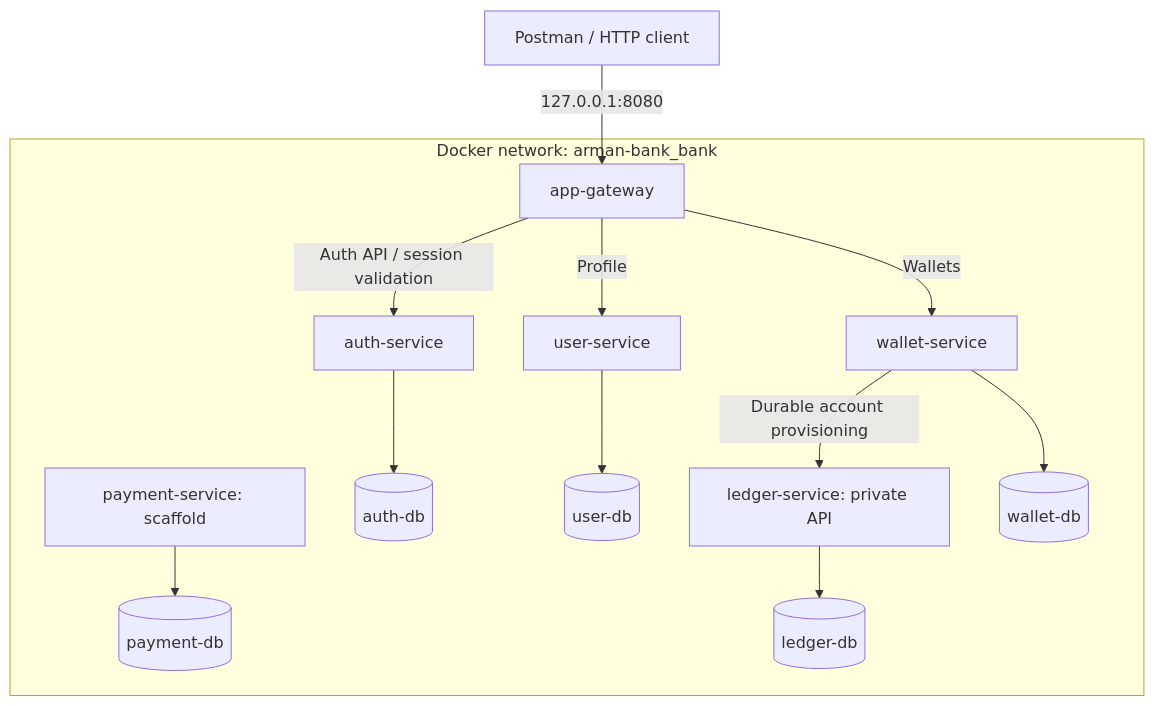
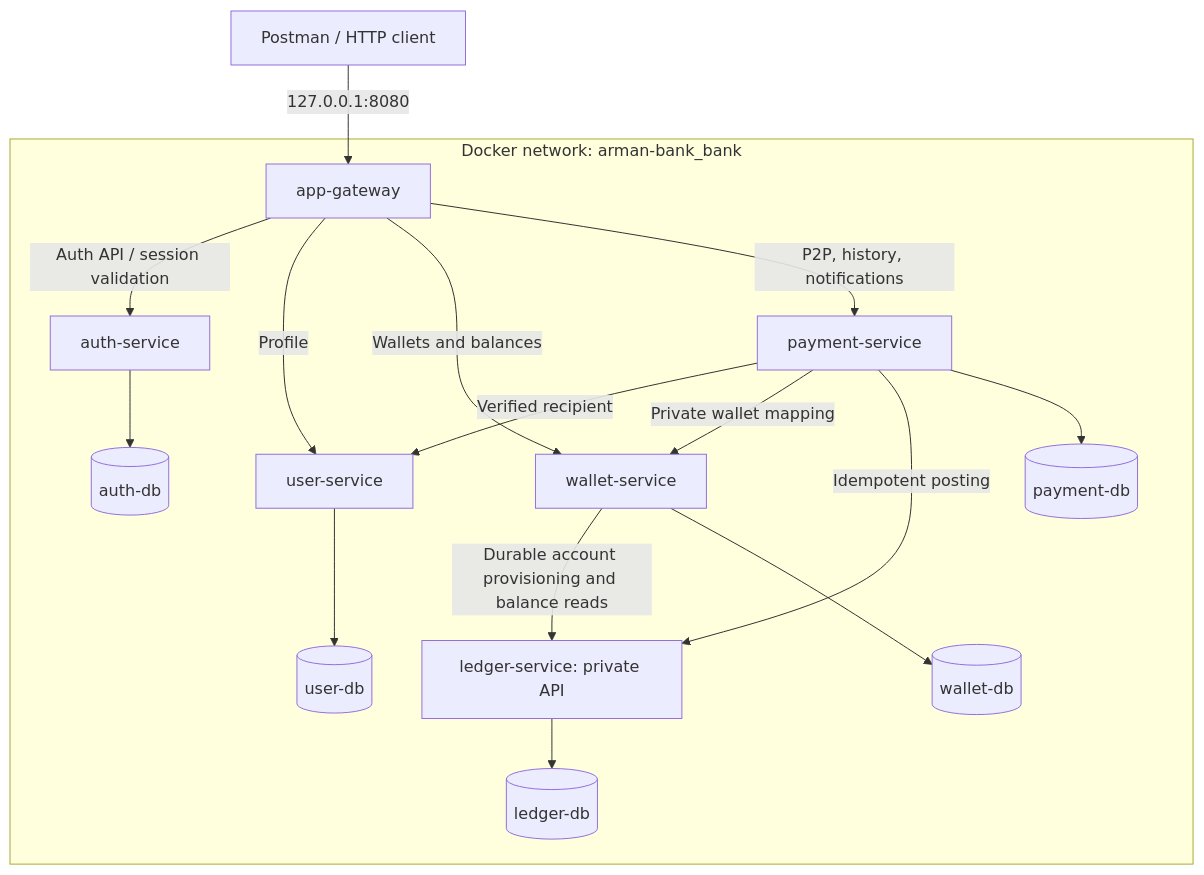
The first of 14 diagrams in ARCHITECTURE.md (aarbabaev/ArMoney), drawn with Mermaid before and after one commit. The commit also changed other lines of this file and 58 other files, not shown here.

Commit message:
Implement native phone P2P, durable payment recovery and in-app notifications

````diff
--- a/ARCHITECTURE.md
+++ b/ARCHITECTURE.md
@@ -49,17 +49,20 @@
 ```mermaid
 flowchart TB
     C["Postman / HTTP client"] -->|"127.0.0.1:8080"| G["app-gateway"]
     subgraph NET["Docker network: arman-bank_bank"]
         G -->|"Auth API / session validation"| A["auth-service"]
         G -->|"Profile"| U["user-service"]
-        G -->|"Wallets"| W["wallet-service"]
-        P["payment-service: scaffold"]
+        G -->|"Wallets and balances"| W["wallet-service"]
+        G -->|"P2P, history, notifications"| P["payment-service"]
+        P -->|"Verified recipient"| U
+        P -->|"Private wallet mapping"| W
+        P -->|"Idempotent posting"| L
         L["ledger-service: private API"]
-        W -->|"Durable account provisioning"| L
+        W -->|"Durable account provisioning and balance reads"| L
         A --> AD[("auth-db")]
         U --> UD[("user-db")]
         W --> WD[("wallet-db")]
         P --> PD[("payment-db")]
         L --> LD[("ledger-db")]
     end
 ```
````
